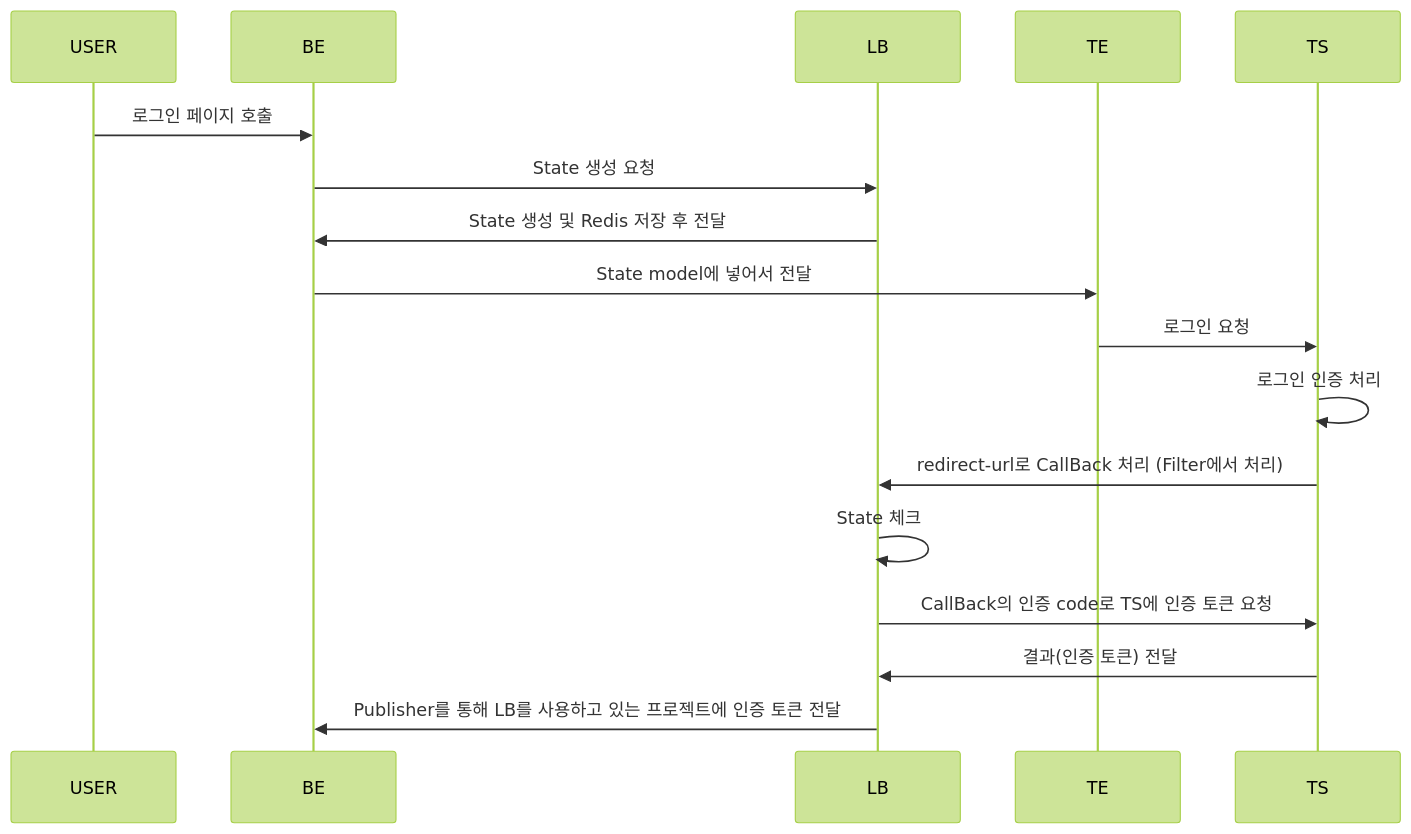
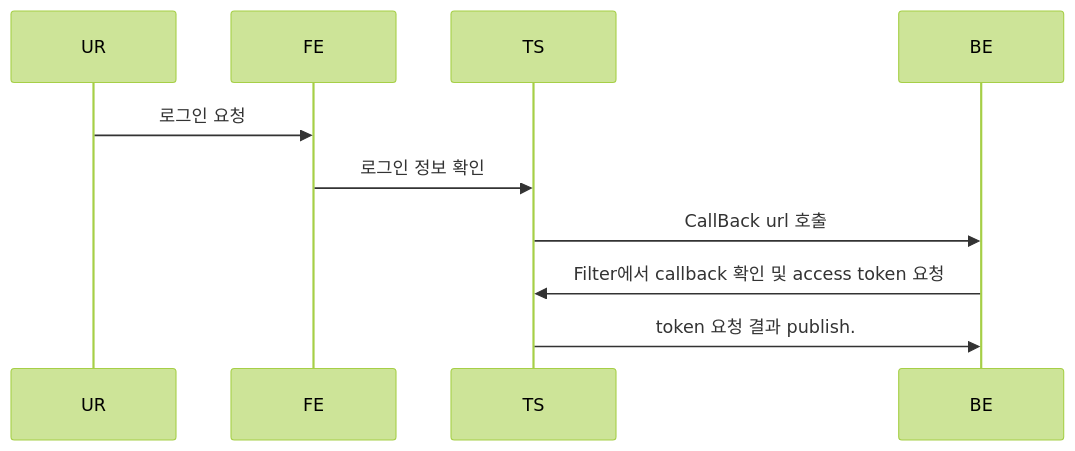
Before and after one commit to SpadeJJJ/oauth_rebuild: the diagram in README.md, drawn with Mermaid (forest theme). The commit also changed other lines of this file, not shown here.

````diff
--- a/README.md
+++ b/README.md
@@ -22,14 +16,9 @@
 ```mermaid
 sequenceDiagram
-USER ->> BE : 로그인 페이지 호출
-BE ->> LB : State 생성 요청
-LB ->> BE : State 생성 및 Redis 저장 후 전달
-BE ->> TE : State model에 넣어서 전달
-TE ->> TS : 로그인 요청
-TS ->> TS : 로그인 인증 처리
-TS ->> LB : redirect-url로 CallBack 처리 (Filter에서 처리)
-LB ->> LB : State 체크
-LB ->> TS : CallBack의 인증 code로 TS에 인증 토큰 요청
-TS ->> LB : 결과(인증 토큰) 전달
-LB ->> BE : Publisher를 통해 LB를 사용하고 있는 프로젝트에 인증 토큰 전달
+UR ->> FE : 로그인 요청
+FE ->> TS : 로그인 정보 확인
+TS ->> BE : CallBack url 호출
+BE ->> TS : Filter에서 callback 확인 및 access token 요청
+TS ->> BE : token 요청 결과 publish.
+
 ```
````
